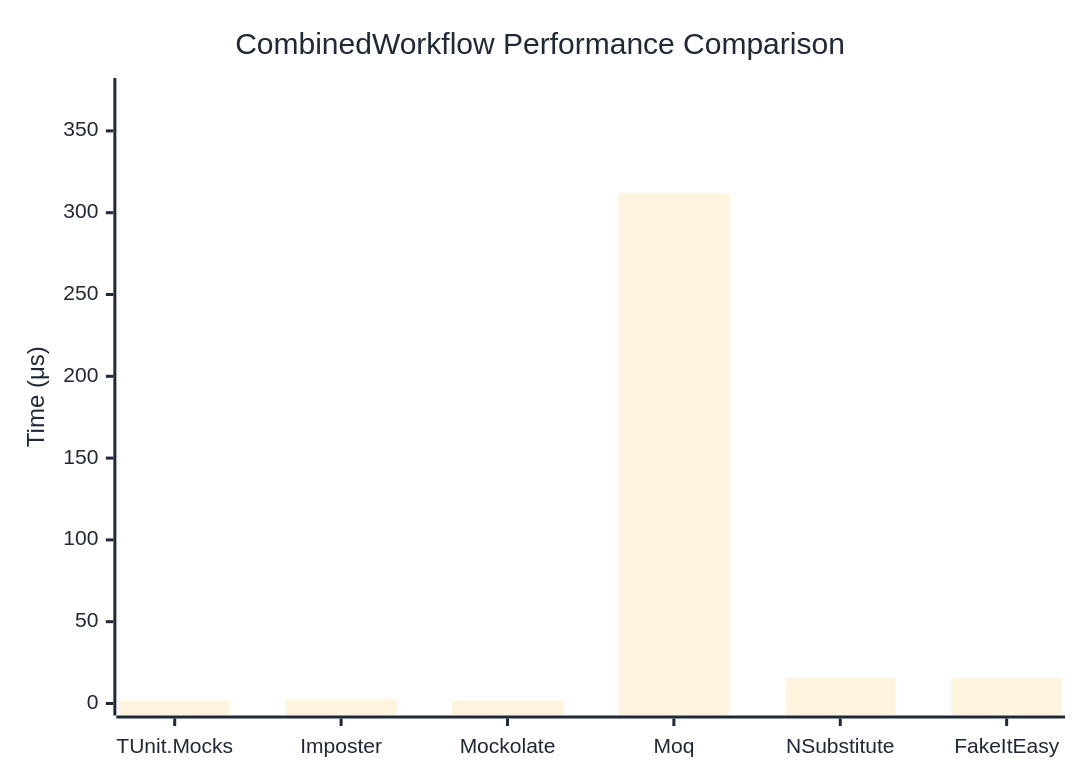
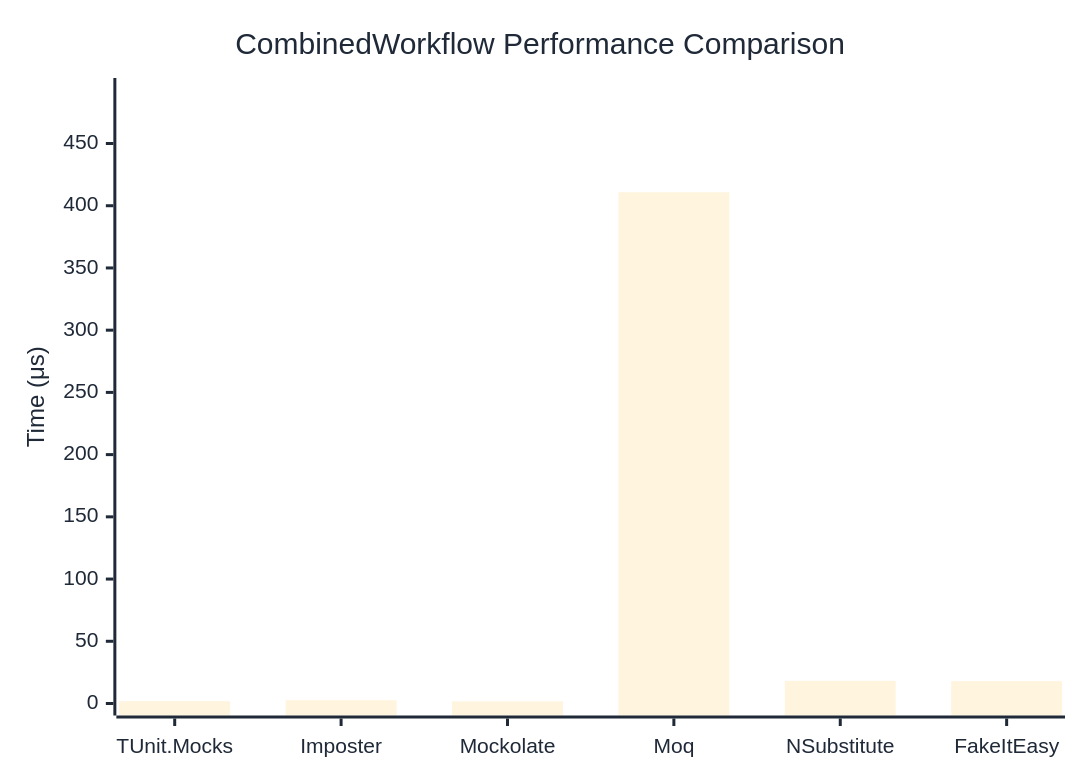
The diagram in docs/docs/benchmarks/mocks/CombinedWorkflow.md (thomhurst/TUnit), drawn with Mermaid before and after one commit. The commit also changed other lines of this file and 14 other files, not shown here.

````diff
--- a/docs/docs/benchmarks/mocks/CombinedWorkflow.md
+++ b/docs/docs/benchmarks/mocks/CombinedWorkflow.md
@@ -30,27 +30,27 @@
 ```mermaid
 %%{init: {
   'theme':'base',
   'themeVariables': {
     'primaryColor': '#2563eb',
     'primaryTextColor': '#1f2937',
     'primaryBorderColor': '#1e40af',
     'lineColor': '#6b7280',
     'secondaryColor': '#7c3aed',
     'tertiaryColor': '#dc2626',
     'background': '#ffffff',
     'pie1': '#2563eb',
     'pie2': '#7c3aed',
     'pie3': '#dc2626',
     'pie4': '#f59e0b',
     'pie5': '#10b981',
     'pie6': '#06b6d4',
     'pie7': '#ec4899',
     'pie8': '#6366f1'
   }
 }}%%
 xychart-beta
   title "CombinedWorkflow Performance Comparison"
   x-axis ["TUnit.Mocks", "Imposter", "Mockolate", "Moq", "NSubstitute", "FakeItEasy"]
-  y-axis "Time (μs)" 0 --> 375
-  bar [1.866, 2.516, 1.726, 311.747, 15.658, 15.44]
+  y-axis "Time (μs)" 0 --> 493
+  bar [1.879, 2.665, 1.74, 410.824, 18.238, 17.982]
 ```
````
